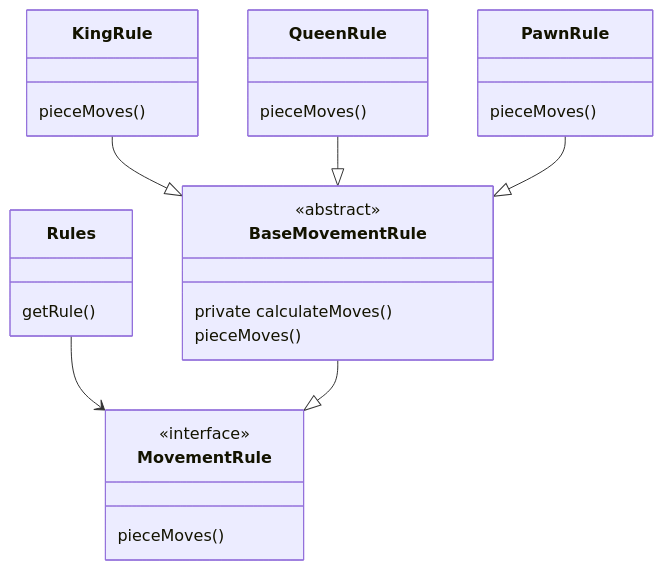
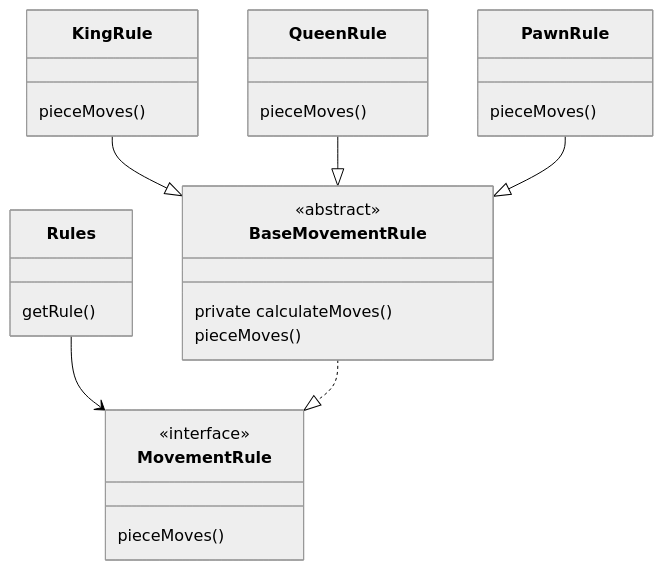
One commit to softwareconstruction240/softwareconstruction changed the fourth of 4 diagrams in instruction/interfaces-abstract-classes/interfaces-and-abstract-classes.md. Above: the diagram before and after it, drawn with Mermaid. The commit also changed other lines of this file and 153 other files, not shown here.

````diff
--- a/instruction/interfaces-abstract-classes/interfaces-and-abstract-classes.md
+++ b/instruction/interfaces-abstract-classes/interfaces-and-abstract-classes.md
@@ -332,36 +355,38 @@
 ```mermaid
+%%{init: { 'theme': 'neutral', 'themeVariables': { 'lineColor': '#000000', 'primaryTextColor': '#000000', 'actorBorder': '#000000', 'participantBorder': '#000000', 'noteBorderColor': '#000000' } }}%%
+
 classDiagram
 
     class Rules {
         getRule()
     }
 
     Rules --> MovementRule
 
     class MovementRule {
         <<interface>>
         pieceMoves()
     }
 
     class BaseMovementRule {
         <<abstract>>
         private calculateMoves()
         pieceMoves()
     }
-    BaseMovementRule --|> MovementRule
+    BaseMovementRule ..|> MovementRule
 
     KingRule  --|> BaseMovementRule
     QueenRule --|>  BaseMovementRule
     PawnRule  --|> BaseMovementRule
 
     class KingRule {
         pieceMoves()
     }
     class QueenRule {
         pieceMoves()
     }
 
     class PawnRule {
         pieceMoves()
     }
 ```
````
